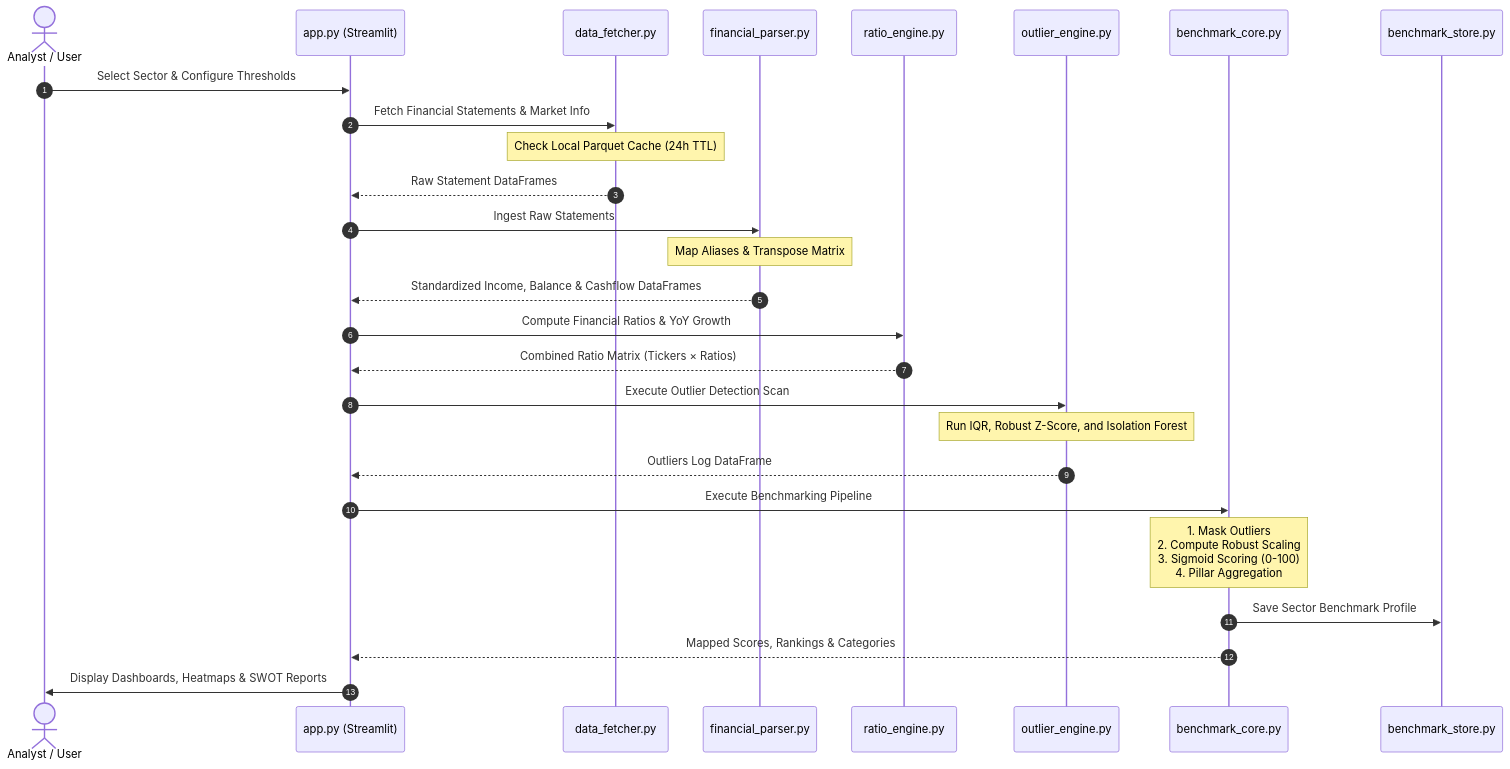
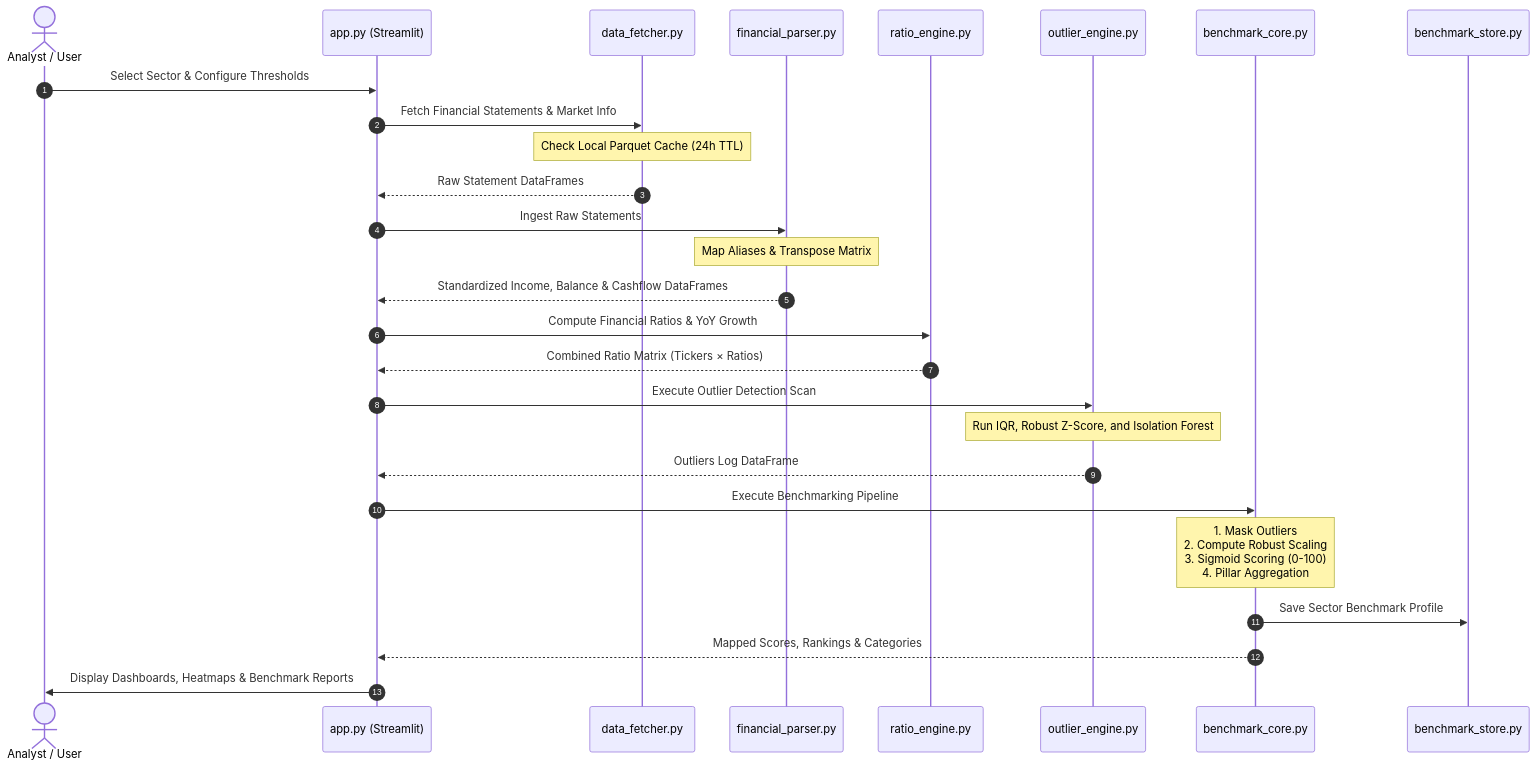
Before and after one commit to hi1r0/finmetrics-PU: the second of 5 diagrams in SYSTEM_LOGICS_AND_BLUEPRINT.md, drawn with Mermaid. The commit also changed other lines of this file and 26 other files, not shown here.

````diff
--- a/SYSTEM_LOGICS_AND_BLUEPRINT.md
+++ b/SYSTEM_LOGICS_AND_BLUEPRINT.md
@@ -88,30 +76,30 @@
 ```mermaid
 sequenceDiagram
     autonumber
     actor User as Analyst / User
     participant UI as app.py (Streamlit)
     participant DF as data_fetcher.py
     participant FP as financial_parser.py
     participant RE as ratio_engine.py
     participant OE as outlier_engine.py
     participant BC as benchmark_core.py
     participant BS as benchmark_store.py
 
     User->>UI: Select Sector & Configure Thresholds
     UI->>DF: Fetch Financial Statements & Market Info
     Note over DF: Check Local Parquet Cache (24h TTL)
     DF-->>UI: Raw Statement DataFrames
     UI->>FP: Ingest Raw Statements
     Note over FP: Map Aliases & Transpose Matrix
     FP-->>UI: Standardized Income, Balance & Cashflow DataFrames
     UI->>RE: Compute Financial Ratios & YoY Growth
     RE-->>UI: Combined Ratio Matrix (Tickers × Ratios)
     UI->>OE: Execute Outlier Detection Scan
     Note over OE: Run IQR, Robust Z-Score, and Isolation Forest
     OE-->>UI: Outliers Log DataFrame
     UI->>BC: Execute Benchmarking Pipeline
     Note over BC: 1. Mask Outliers<br/>2. Compute Robust Scaling<br/>3. Sigmoid Scoring (0-100)<br/>4. Pillar Aggregation
     BC->>BS: Save Sector Benchmark Profile
     BC-->>UI: Mapped Scores, Rankings & Categories
-    UI->>User: Display Dashboards, Heatmaps & SWOT Reports
+    UI->>User: Display Dashboards, Heatmaps & Benchmark Reports
 ```
````
